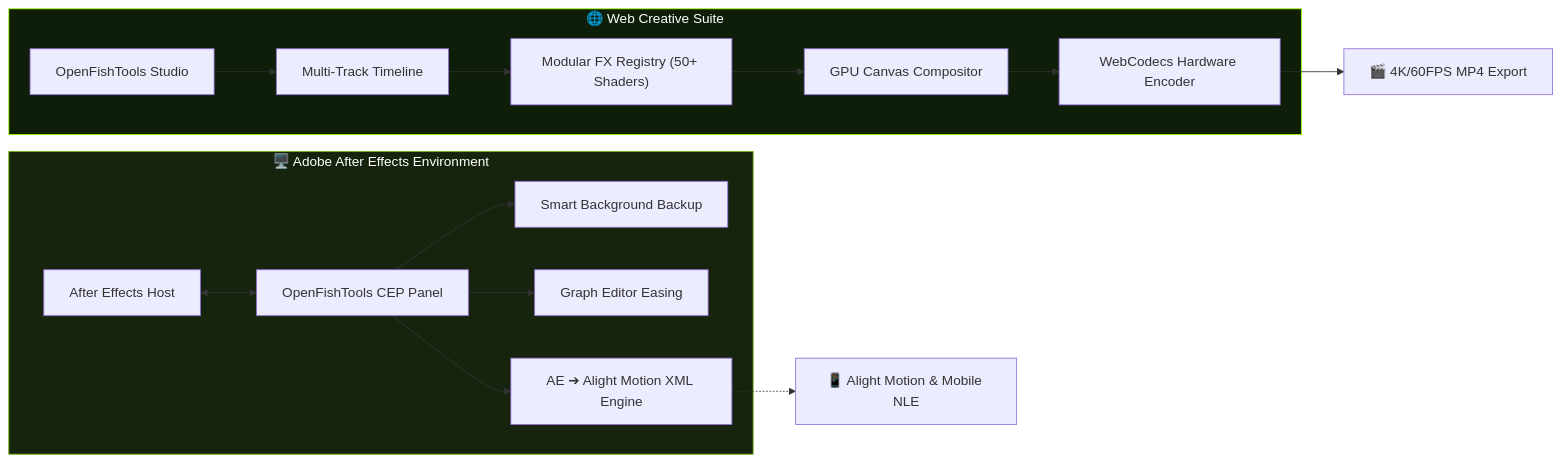
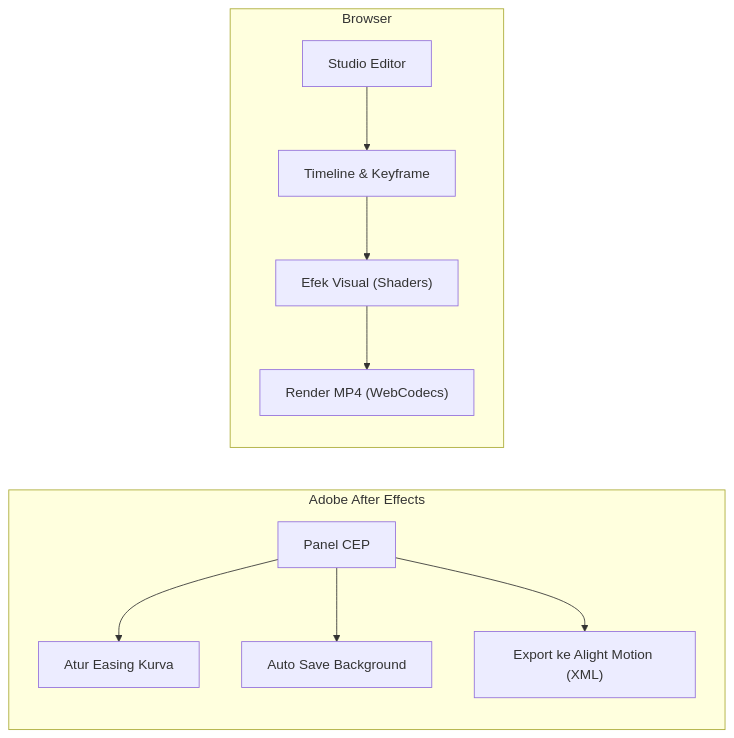
Before and after one commit to openfishtools/.github: the diagram in profile/README.md, drawn with Mermaid. The commit also changed other lines of this file and 1 other file, not shown here.

````diff
--- a/profile/README.md
+++ b/profile/README.md
@@ -91,27 +81,14 @@
 ```mermaid
 flowchart LR
-    subgraph AE_ENV["🖥️ Adobe After Effects Environment"]
-        AE["After Effects Host"]
-        CEP["OpenFishTools CEP Panel"]
-        AE <--> CEP
-        CEP --> AutoSave["Smart Background Backup"]
-        CEP --> Easing["Graph Editor Easing"]
-        CEP --> Converter["AE ➔ Alight Motion XML Engine"]
+    subgraph AE["Adobe After Effects"]
+        CEP["Panel CEP"] --> Easing["Atur Easing Kurva"]
+        CEP --> AutoSave["Auto Save Background"]
+        CEP --> AM["Export ke Alight Motion (XML)"]
     end
 
-    subgraph WEB_ENV["🌐 Web Creative Suite"]
-        Studio["OpenFishTools Studio"]
-        Timeline["Multi-Track Timeline"]
-        FX["Modular FX Registry (50+ Shaders)"]
-        Canvas["GPU Canvas Compositor"]
-        WebCodecs["WebCodecs Hardware Encoder"]
-        
-        Studio --> Timeline --> FX --> Canvas --> WebCodecs
+    subgraph WEB["Browser"]
+        Studio["Studio Editor"] --> Timeline["Timeline & Keyframe"]
+        Timeline --> FX["Efek Visual (Shaders)"]
+        FX --> Export["Render MP4 (WebCodecs)"]
     end
-
-    Converter -.-> Mobile["📱 Alight Motion & Mobile NLE"]
-    WebCodecs --> Export["🎬 4K/60FPS MP4 Export"]
-    
-    style AE_ENV fill:#16240d,stroke:#6BAE00,stroke-width:1px,color:#fff
-    style WEB_ENV fill:#0f1e09,stroke:#9DFF00,stroke-width:1px,color:#fff
 ```
````
